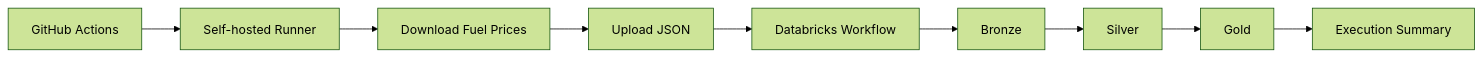
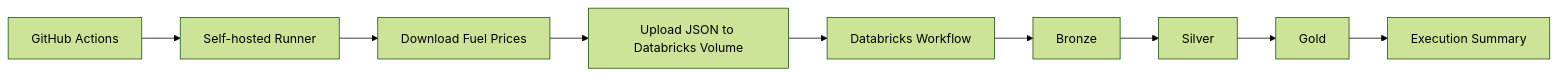
One commit to monroymarco/spain-fuel-prices-lakehouse-pipeline changed the third of 3 diagrams in README.md. Above: the diagram before and after it, drawn with Mermaid (forest theme). The commit also changed other lines of this file and 3 other files, not shown here.

````diff
--- a/README.md
+++ b/README.md
@@ -426,30 +429,22 @@
 ```mermaid
 flowchart LR
 
 A[GitHub Actions]
-
 B[Self-hosted Runner]
-
 C[Download Fuel Prices]
-
-D[Upload JSON]
-
+D[Upload JSON to Databricks Volume]
 E[Databricks Workflow]
-
 F[Bronze]
-
 G[Silver]
-
 H[Gold]
-
 I[Execution Summary]
 
 A --> B
 B --> C
 C --> D
 D --> E
 E --> F
 F --> G
 G --> H
 H --> I
 ```
````
